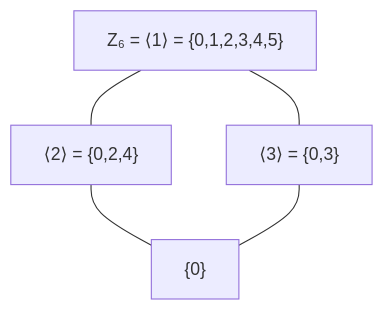
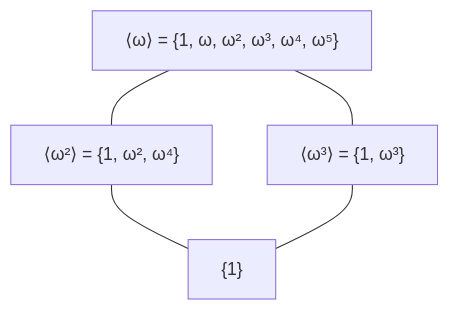
The first of 5 diagrams in classes/08/slides.qmd (gwb-ci/math393), drawn with Mermaid before and after one commit. The commit also changed other lines of this file and 31 other files, not shown here.

````diff
--- a/classes/08/slides.qmd
+++ b/classes/08/slides.qmd
@@ -95,12 +397,19 @@
 ```{mermaid}
 flowchart TB
-    Z6["Z₆ = ⟨1⟩ = {0,1,2,3,4,5}"]
-    H2["⟨2⟩ = {0,2,4}"]
-    H3["⟨3⟩ = {0,3}"]
-    E["{0}"]
 
-    Z6 --- H2
-    Z6 --- H3
+    G["⟨ω⟩ = {1, ω, ω², ω³, ω⁴, ω⁵}"]
+
+    H3["⟨ω²⟩ = {1, ω², ω⁴}"]
+
+    H2["⟨ω³⟩ = {1, ω³}"]
+
+    E["{1}"]
+
+    G --- H3
+
+    G --- H2
+
+    H3 --- E
+
     H2 --- E
-    H3 --- E
 ```
````
